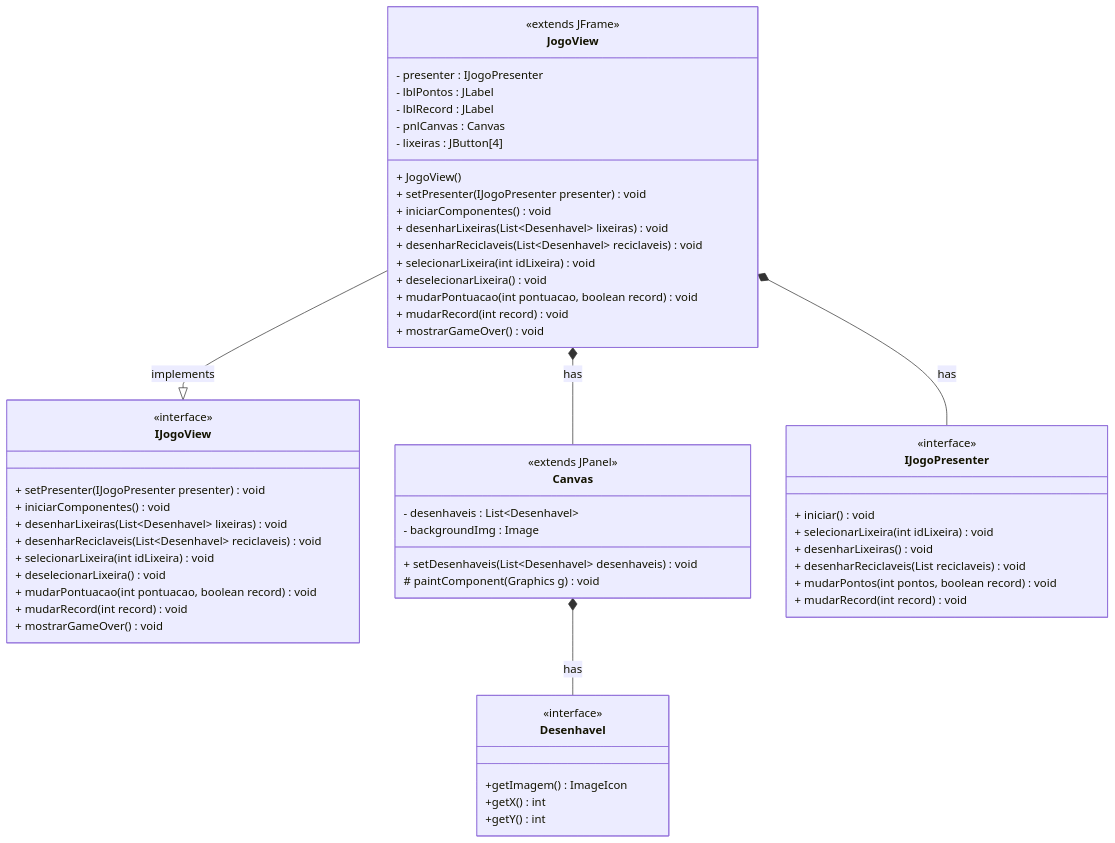
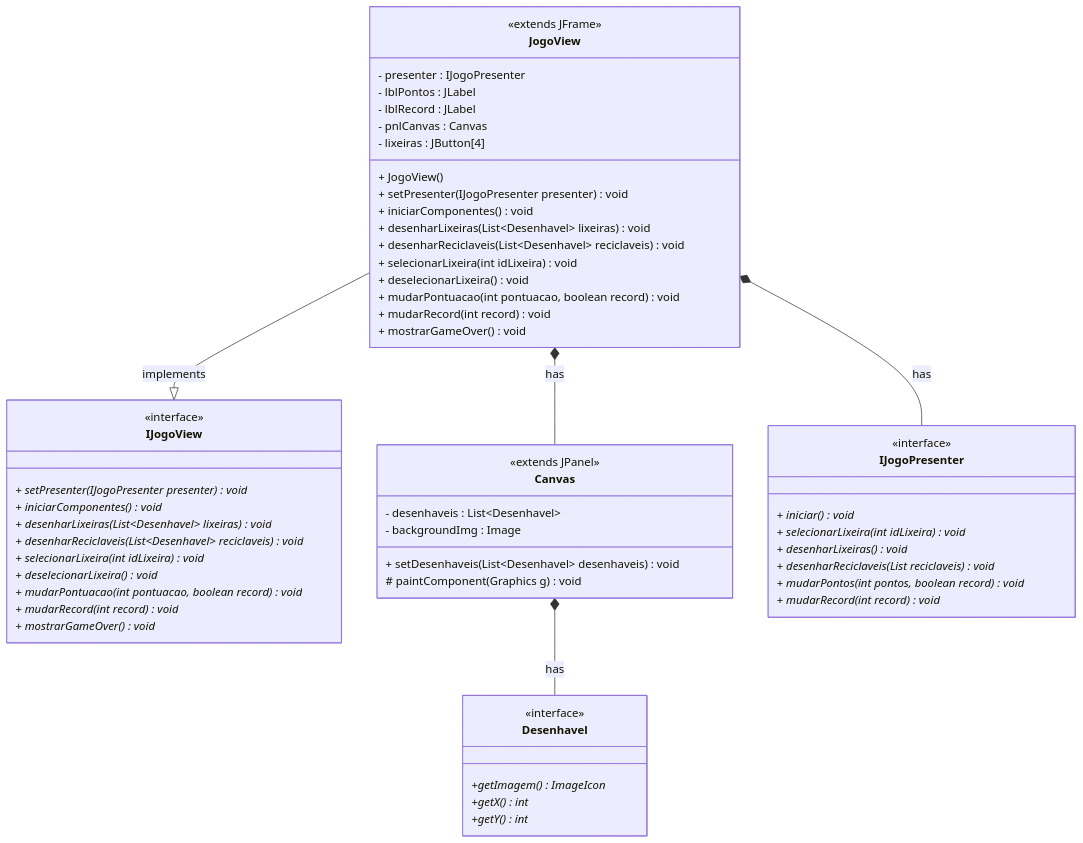
The first of 2 diagrams in docs/DiagramaJogoView.md (lucasttmz/jogo-reciclagem-aps), drawn with Mermaid before and after one commit. The commit also changed 4 other files, not shown here.

Commit message:
Alteracoes do modelo refletidas nos diagramas

````diff
--- a/docs/DiagramaJogoView.md
+++ b/docs/DiagramaJogoView.md
@@ -3,59 +3,59 @@
 ```mermaid
 	classDiagram
 	JogoView --|> IJogoView : implements
 	JogoView *-- Canvas : has
 	JogoView *-- IJogoPresenter : has
 	Canvas *-- Desenhavel : has
 	class IJogoPresenter{
 		<<interface>>
-		+ iniciar() void
-		+ selecionarLixeira(int idLixeira) void
-		+ desenharLixeiras() void
-		+ desenharReciclaveis(List<Desenhavel> reciclaveis) void
-		+ mudarPontos(int pontos, boolean record) void
-		+ mudarRecord(int record) void
+		+ iniciar()* void
+		+ selecionarLixeira(int idLixeira)* void
+		+ desenharLixeiras()* void
+		+ desenharReciclaveis(List<Desenhavel> reciclaveis)* void
+		+ mudarPontos(int pontos, boolean record)* void
+		+ mudarRecord(int record)* void
 	}
 	class IJogoView{
 		<<interface>>
-		+ setPresenter(IJogoPresenter presenter) void
-		+ iniciarComponentes() void
-		+ desenharLixeiras(List~Desenhavel~ lixeiras) void
-		+ desenharReciclaveis(List~Desenhavel~ reciclaveis) void
-		+ selecionarLixeira(int idLixeira) void
-		+ deselecionarLixeira() void
-		+ mudarPontuacao(int pontuacao, boolean record) void
-		+ mudarRecord(int record) void
-		+ mostrarGameOver() void
+		+ setPresenter(IJogoPresenter presenter)* void
+		+ iniciarComponentes()* void
+		+ desenharLixeiras(List~Desenhavel~ lixeiras)* void
+		+ desenharReciclaveis(List~Desenhavel~ reciclaveis)* void
+		+ selecionarLixeira(int idLixeira)* void
+		+ deselecionarLixeira()* void
+		+ mudarPontuacao(int pontuacao, boolean record)* void
+		+ mudarRecord(int record)* void
+		+ mostrarGameOver()* void
 	}
 	class JogoView{
 		<<extends JFrame>>
 		- presenter : IJogoPresenter
 		- lblPontos : JLabel
 		- lblRecord : JLabel
 		- pnlCanvas : Canvas
 		- lixeiras : JButton[4]
 		+ JogoView()
 		+ setPresenter(IJogoPresenter presenter) void
 		+ iniciarComponentes() void
 		+ desenharLixeiras(List~Desenhavel~ lixeiras) void
 		+ desenharReciclaveis(List~Desenhavel~ reciclaveis) void
 		+ selecionarLixeira(int idLixeira) void
 		+ deselecionarLixeira() void
 		+ mudarPontuacao(int pontuacao, boolean record) void
 		+ mudarRecord(int record) void
 		+ mostrarGameOver() void
 	}
 	class Canvas{
 		<<extends JPanel>>
 		- desenhaveis : List~Desenhavel~
 		- backgroundImg : Image
 		+ setDesenhaveis(List~Desenhavel~ desenhaveis) void
 		# paintComponent(Graphics g) void
 	}
 	class Desenhavel{
 		<<interface>>
-		+getImagem() ImageIcon
-		+getX() int
-		+getY() int
+		+getImagem()* ImageIcon
+		+getX()* int
+		+getY()* int
 	}
 ```
````
